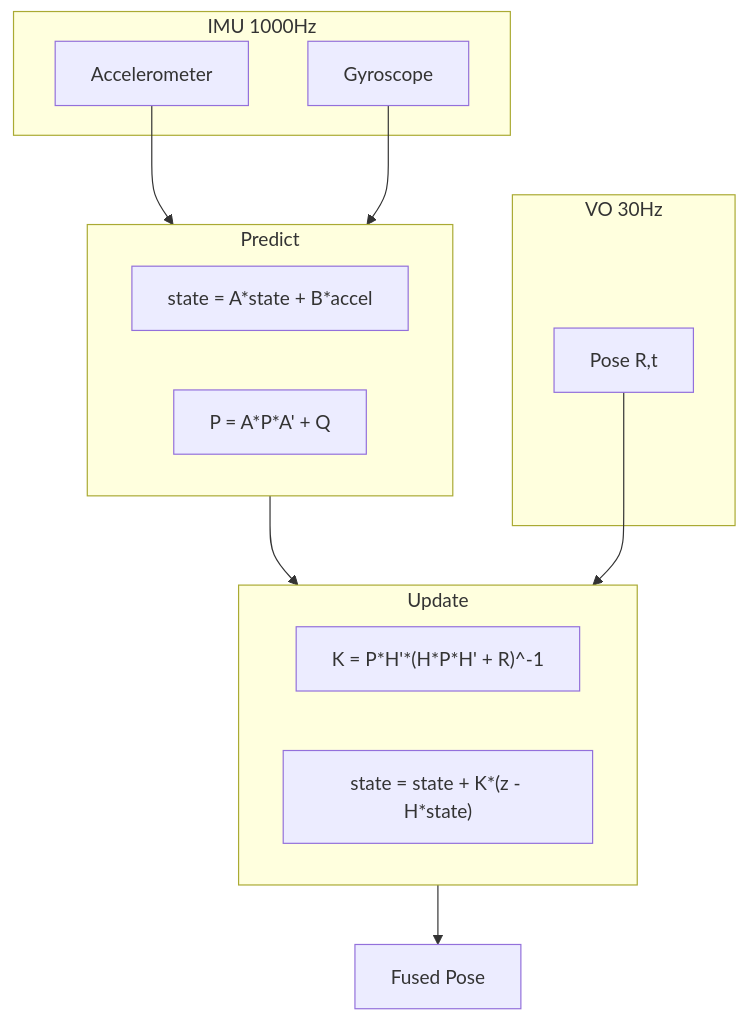
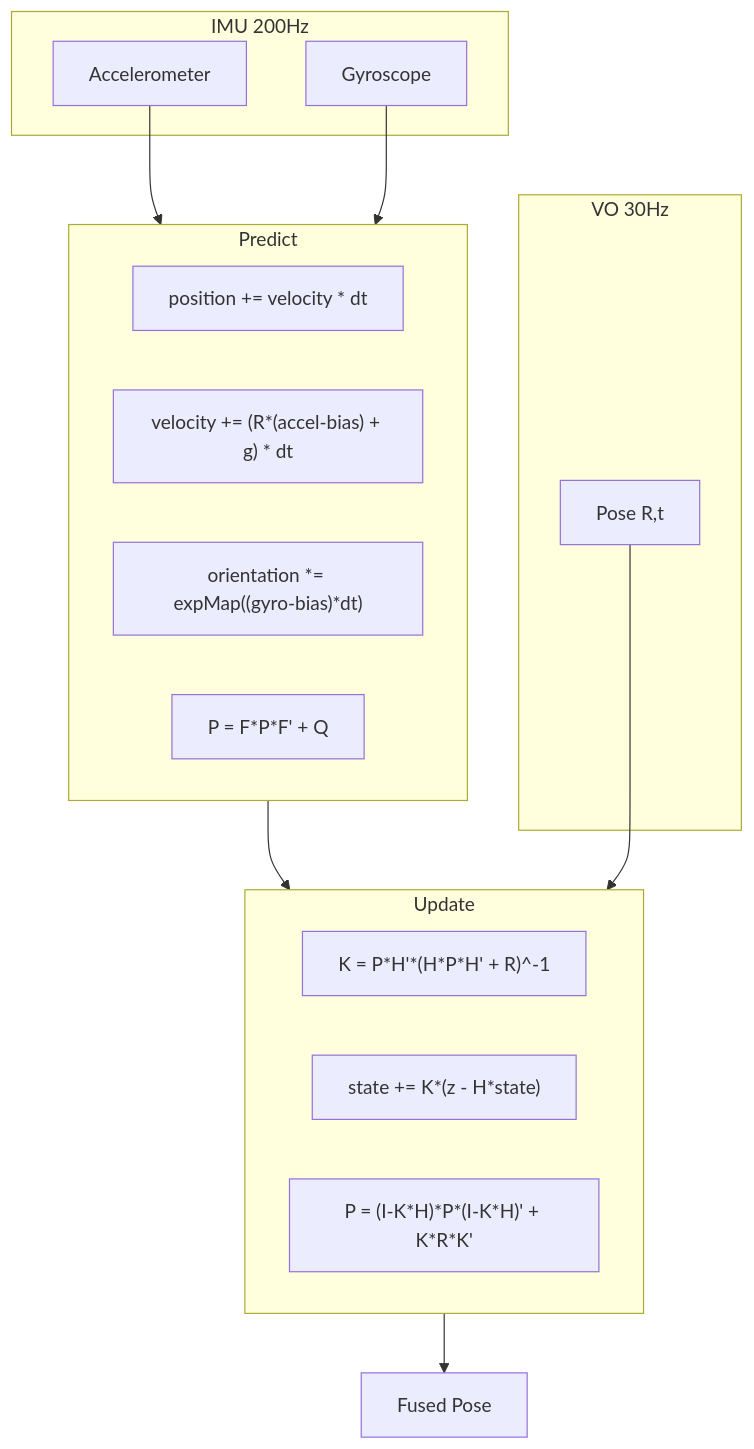
The seventh of 10 diagrams in README.md (robertteleng/aria-slam), drawn with Mermaid before and after one commit. The commit also changed other lines of this file and 5 other files, not shown here.

````diff
--- a/README.md
+++ b/README.md
@@ -296,27 +333,30 @@
 ```mermaid
 flowchart TD
-    subgraph IMU["IMU 1000Hz"]
+    subgraph IMU["IMU 200Hz"]
         ACC[Accelerometer]
         GYRO[Gyroscope]
     end
 
     subgraph Predict
-        A["state = A*state + B*accel"]
-        B["P = A*P*A' + Q"]
+        A["position += velocity * dt"]
+        B["velocity += (R*(accel-bias) + g) * dt"]
+        C["orientation *= expMap((gyro-bias)*dt)"]
+        D["P = F*P*F' + Q"]
     end
 
     subgraph VO["VO 30Hz"]
         POSE[Pose R,t]
     end
 
     subgraph Update
-        C["K = P*H'*(H*P*H' + R)^-1"]
-        D["state = state + K*(z - H*state)"]
+        E["K = P*H'*(H*P*H' + R)^-1"]
+        F["state += K*(z - H*state)"]
+        G["P = (I-K*H)*P*(I-K*H)' + K*R*K'"]
     end
 
     ACC --> Predict
     GYRO --> Predict
     Predict --> Update
     POSE --> Update
     Update --> OUTPUT[Fused Pose]
 ```
````
